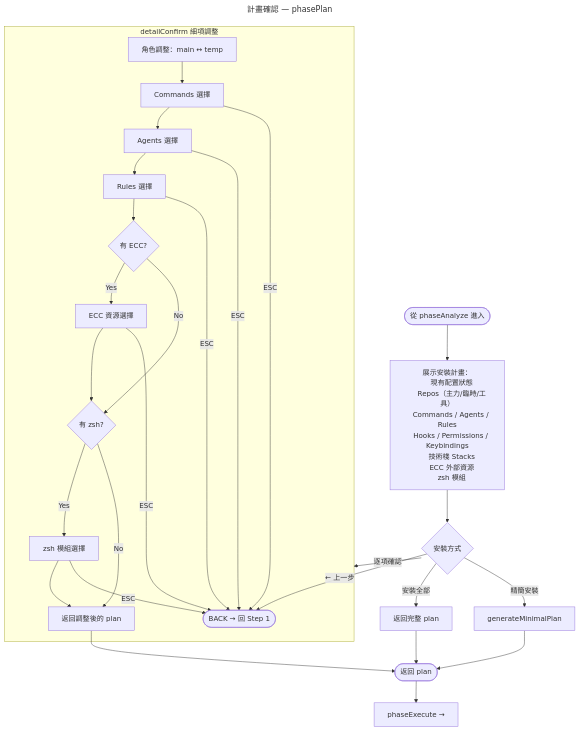
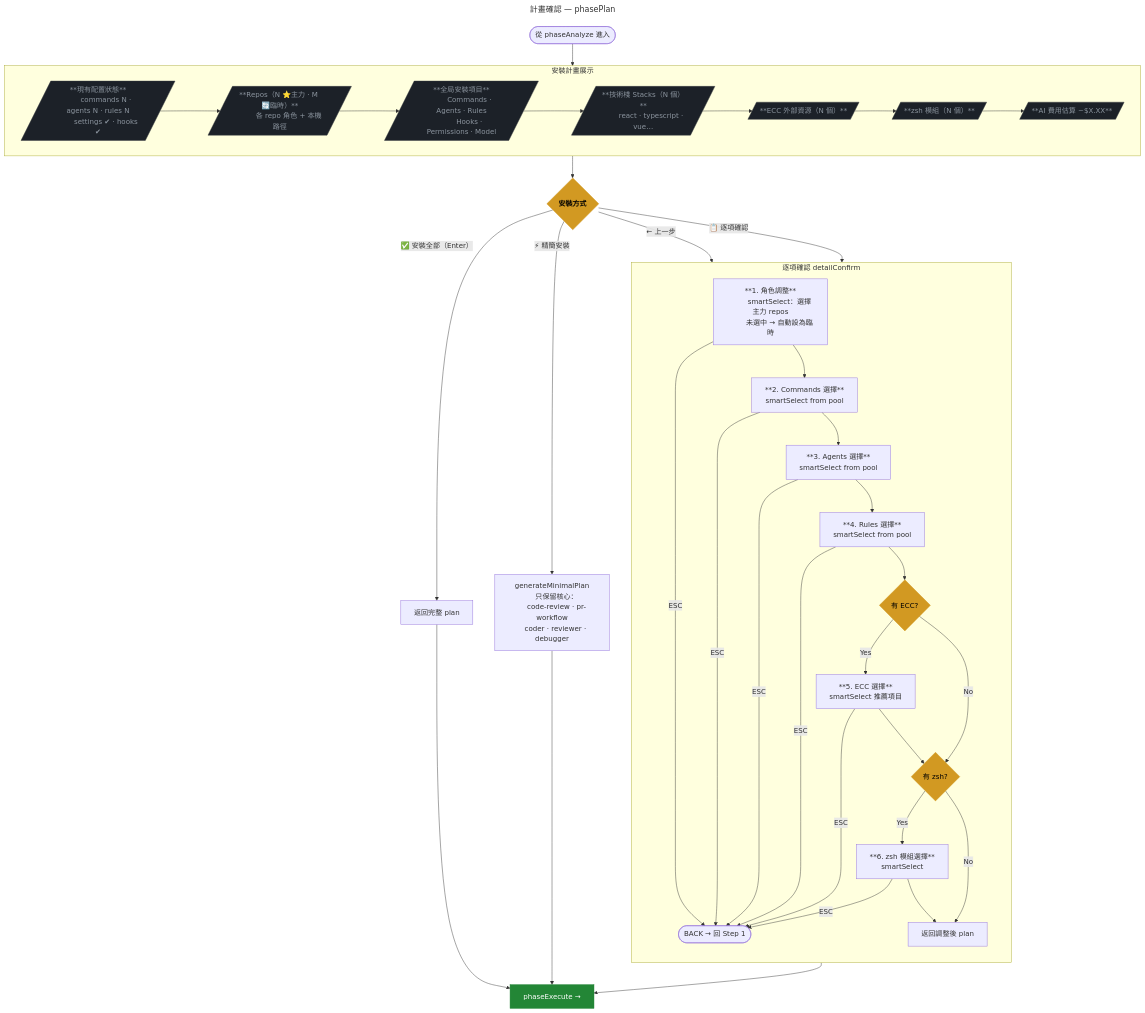
One commit to AlvinBian/ab-dotfiles changed the diagram in docs/flows/phase-plan.mmd. Above: the diagram before and after it, drawn with Mermaid. The commit also changed 9 other files, not shown here.

First line of the commit message:
feat(flow): 流程圖全面細化 + click 節點跳轉 + 色彩分類

```diff
--- a/docs/flows/phase-plan.mmd
+++ b/docs/flows/phase-plan.mmd
@@ -1,49 +1,77 @@
 ---
 title: 計畫確認 — phasePlan
-description: 安裝計畫展示 + 全部/逐項/精簡三種模式
+description: 展示安裝計畫 + 安裝全部/逐項確認/精簡安裝 三種模式
 links:
   - setup-main: 返回主流程
-  - phase-execute: 進入安裝執行
+  - phase-execute: 進入安裝
 ---
 flowchart TD
-    Entry([從 phaseAnalyze 進入]) --> Display["展示安裝計畫：
-    現有配置狀態
-    Repos（主力/臨時/工具）
-    Commands / Agents / Rules
-    Hooks / Permissions / Keybindings
-    技術棧 Stacks
-    ECC 外部資源
-    zsh 模組"]
+    Entry([從 phaseAnalyze 進入]) --> Display
 
-    Display --> Choice{安裝方式}
-
-    Choice -->|安裝全部| Full[返回完整 plan]
-    Choice -->|精簡安裝| Minimal[generateMinimalPlan]
-    Choice -->|逐項確認| Detail[detailConfirm]
-    Choice -->|← 上一步| Back([BACK → 回 Step 1])
-
-    subgraph Detail [detailConfirm 細項調整]
-        D1[角色調整：main ↔ temp]
-        D1 --> D2[Commands 選擇]
-        D2 --> D3[Agents 選擇]
-        D3 --> D4[Rules 選擇]
-        D4 --> D5{有 ECC?}
-        D5 -->|Yes| D6[ECC 資源選擇]
-        D5 -->|No| D7
-        D6 --> D7{有 zsh?}
-        D7 -->|Yes| D8[zsh 模組選擇]
-        D7 -->|No| D9[返回調整後的 plan]
-        D8 --> D9
-
-        D2 -->|ESC| Back
-        D3 -->|ESC| Back
-        D4 -->|ESC| Back
-        D6 -->|ESC| Back
-        D8 -->|ESC| Back
+    subgraph Display ["安裝計畫展示"]
+        D1[/"**現有配置狀態**
+        commands N · agents N · rules N
+        settings ✔ · hooks ✔"/]
+        D1 --> D2[/"**Repos（N ⭐主力 · M 🔄臨時）**
+        各 repo 角色 + 本機路徑"/]
+        D2 --> D3[/"**全局安裝項目**
+        Commands · Agents · Rules
+        Hooks · Permissions · Model"/]
+        D3 --> D4[/"**技術棧 Stacks（N 個）**
+        react · typescript · vue…"/]
+        D4 --> D5[/"**ECC 外部資源（N 個）**"/]
+        D5 --> D6[/"**zsh 模組（N 個）**"/]
+        D6 --> D7[/"**AI 費用估算 ~$X.XX**"/]
     end
 
-    Minimal --> Return([返回 plan])
-    Full --> Return
-    D9 --> Return
+    Display --> Choice{"`**安裝方式**`"}
 
-    Return --> Execute["phaseExecute →"]
+    Choice -->|"✅ 安裝全部（Enter）"| Full[返回完整 plan]
+    Choice -->|"📋 逐項確認"| Detail
+    Choice -->|"⚡ 精簡安裝"| Minimal["generateMinimalPlan
+    只保留核心：
+    code-review · pr-workflow
+    coder · reviewer · debugger"]
+    Choice -->|"← 上一步"| Back([BACK → 回 Step 1])
+
+    subgraph Detail ["逐項確認 detailConfirm"]
+        direction TB
+        DC1["**1. 角色調整**
+        smartSelect：選擇主力 repos
+        未選中 → 自動設為臨時"]
+        DC1 -->|ESC| Back
+        DC1 --> DC2["**2. Commands 選擇**
+        smartSelect from pool"]
+        DC2 -->|ESC| Back
+        DC2 --> DC3["**3. Agents 選擇**
+        smartSelect from pool"]
+        DC3 -->|ESC| Back
+        DC3 --> DC4["**4. Rules 選擇**
+        smartSelect from pool"]
+        DC4 -->|ESC| Back
+        DC4 --> DC5{"有 ECC?"}
+        DC5 -->|Yes| DC6["**5. ECC 選擇**
+        smartSelect 推薦項目"]
+        DC5 -->|No| DC7
+        DC6 -->|ESC| Back
+        DC6 --> DC7{"有 zsh?"}
+        DC7 -->|Yes| DC8["**6. zsh 模組選擇**
+        smartSelect"]
+        DC7 -->|No| DC9
+        DC8 -->|ESC| Back
+        DC8 --> DC9["返回調整後 plan"]
+    end
+
+    Full --> Exec["phaseExecute →"]
+    DC9 --> Exec
+    Minimal --> Exec
+
+    click Exec "#phase-execute"
+
+    classDef decision fill:#d29922,color:#000,stroke:#d29922
+    classDef info fill:#1c2128,color:#8b949e,stroke:#30363d
+    classDef success fill:#238636,color:#fff,stroke:#238636
+
+    class Choice,DC5,DC7 decision
+    class D1,D2,D3,D4,D5,D6,D7 info
+    class Exec success
```
